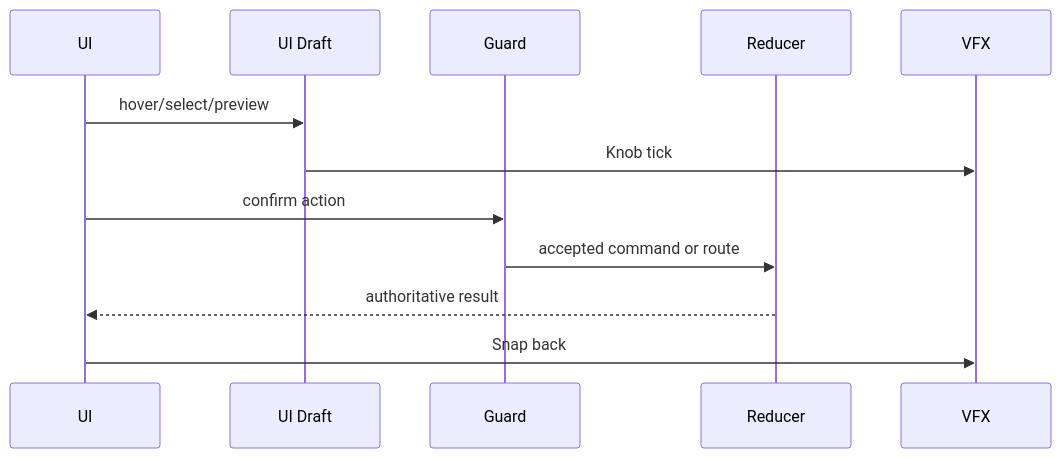
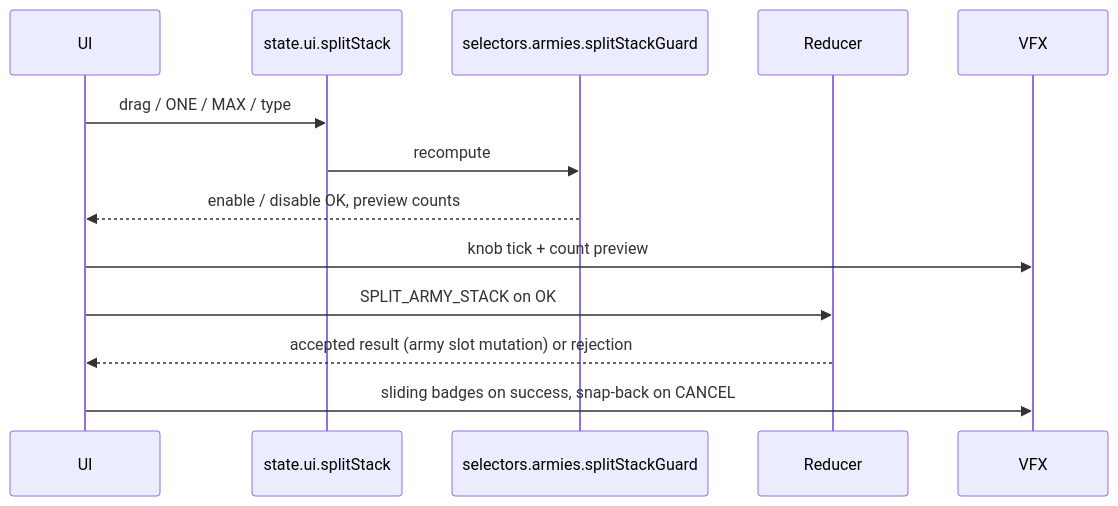
Before and after one commit to SunaNoOshiro/Heroes_Reforged_AI_Realms: the fourth of 5 diagrams in docs/architecture/wiki/screens/51-split-stack-dialog/architecture.md, drawn with Mermaid. The commit also changed other lines of this file and 518 other files, not shown here.

First line of the commit message:
Add doc-audit skill and sweep architecture/screen docs

````diff
--- a/docs/architecture/wiki/screens/51-split-stack-dialog/architecture.md
+++ b/docs/architecture/wiki/screens/51-split-stack-dialog/architecture.md
@@ -52,14 +63,15 @@
 ```mermaid
 sequenceDiagram
   participant UI
-  participant Draft as UI Draft
-  participant Guard
+  participant Draft as state.ui.splitStack
+  participant Guard as selectors.armies.splitStackGuard
   participant Reducer
   participant VFX
-  UI->>Draft: hover/select/preview
-  Draft->>VFX: Knob tick
-  UI->>Guard: confirm action
-  Guard->>Reducer: accepted command or route
-  Reducer-->>UI: authoritative result
-  UI->>VFX: Snap back
+  UI->>Draft: drag / ONE / MAX / type
+  Draft->>Guard: recompute
+  Guard-->>UI: enable / disable OK, preview counts
+  UI->>VFX: knob tick + count preview
+  UI->>Reducer: SPLIT_ARMY_STACK on OK
+  Reducer-->>UI: accepted result (army slot mutation) or rejection
+  UI->>VFX: sliding badges on success, snap-back on CANCEL
 ```
````
